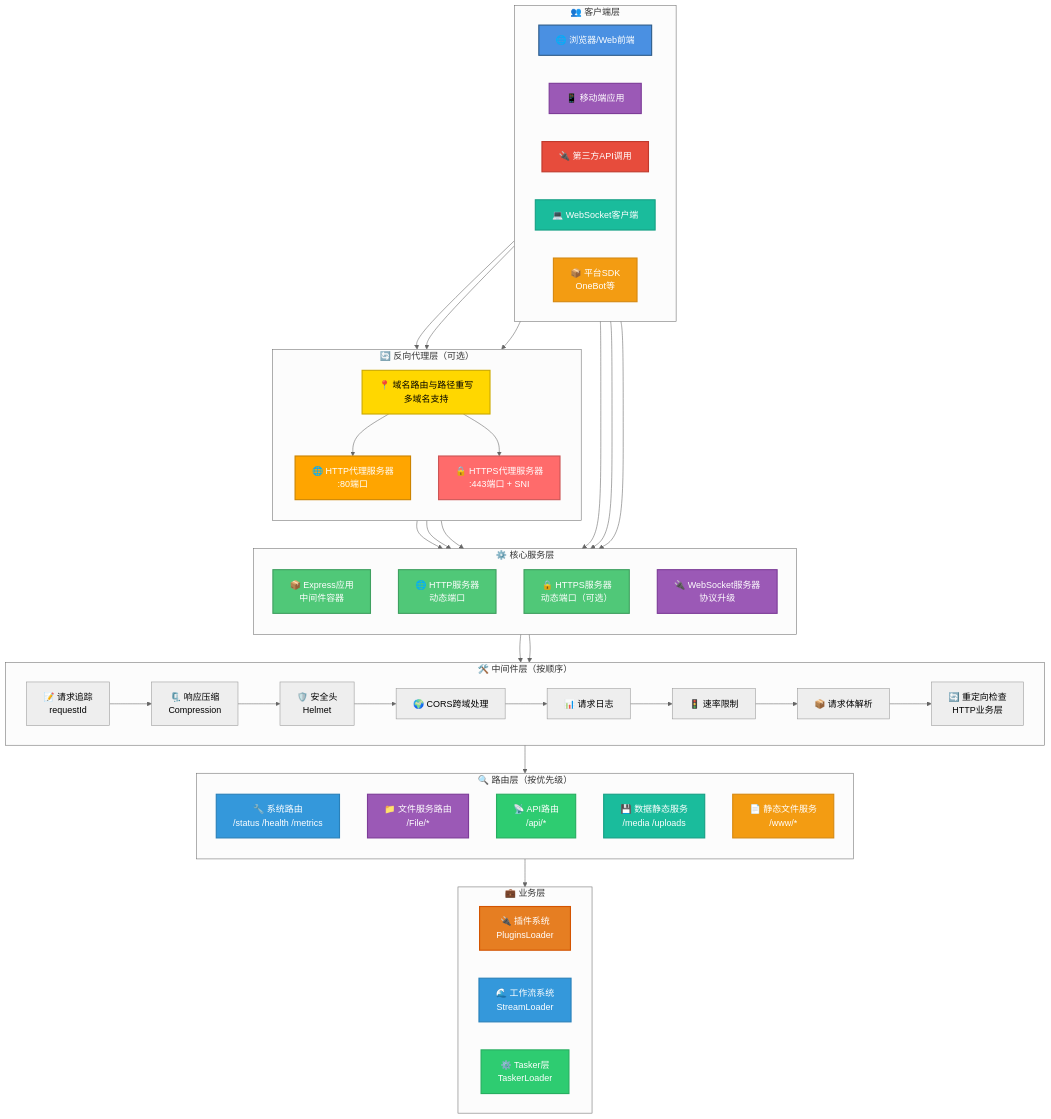
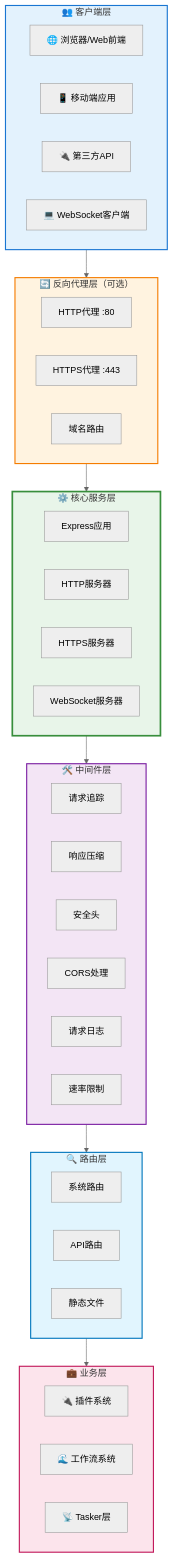
One commit to sunflowermm/XRK-AGT changed the first of 13 diagrams in docs/server.md. Above: the diagram before and after it, drawn with Mermaid (neutral theme). The commit also changed 19 other files, not shown here.

````diff
--- a/docs/server.md
+++ b/docs/server.md
@@ -37,76 +37,45 @@
 ```mermaid
 flowchart TB
     subgraph Clients["👥 客户端层"]
-        direction LR
         Browser["🌐 浏览器/Web前端"]
         Mobile["📱 移动端应用"]
-        ThirdAPI["🔌 第三方API调用"]
+        ThirdAPI["🔌 第三方API"]
         WSClient["💻 WebSocket客户端"]
-        SDK["📦 平台SDK<br/>OneBot等"]
     end
     
     subgraph Proxy["🔄 反向代理层（可选）"]
-        direction TB
-        HTTPProxy["🌐 HTTP代理服务器<br/>:80端口"]
-        HTTPSProxy["🔒 HTTPS代理服务器<br/>:443端口 + SNI"]
-        DomainRoute["📍 域名路由与路径重写<br/>多域名支持"]
+        HTTPProxy["HTTP代理 :80"]
+        HTTPSProxy["HTTPS代理 :443"]
+        DomainRoute["域名路由"]
     end
     
     subgraph Core["⚙️ 核心服务层"]
-        direction TB
-        Express["📦 Express应用<br/>中间件容器"]
-        HTTPServer["🌐 HTTP服务器<br/>动态端口"]
-        HTTPSServer["🔒 HTTPS服务器<br/>动态端口（可选）"]
-        WSServer["🔌 WebSocket服务器<br/>协议升级"]
+        Express["Express应用"]
+        HTTPServer["HTTP服务器"]
+        HTTPSServer["HTTPS服务器"]
+        WSServer["WebSocket服务器"]
     end
     
-    subgraph Middleware["🛠️ 中间件层（按顺序）"]
-        direction LR
-        Track["📝 请求追踪<br/>requestId"]
-        Compression["🗜️ 响应压缩<br/>Compression"]
-        Helmet["🛡️ 安全头<br/>Helmet"]
-        CORS["🌍 CORS跨域处理"]
-        Logging["📊 请求日志"]
-        RateLimit["🚦 速率限制"]
-        BodyParser["📦 请求体解析"]
-        Redirect["🔄 重定向检查<br/>HTTP业务层"]
+    subgraph Middleware["🛠️ 中间件层"]
+        Track["请求追踪"]
+        Compression["响应压缩"]
+        Helmet["安全头"]
+        CORS["CORS处理"]
+        Logging["请求日志"]
+        RateLimit["速率限制"]
     end
     
-    subgraph Routes["🔍 路由层（按优先级）"]
-        direction TB
-        SystemRoute["🔧 系统路由<br/>/status /health /metrics"]
-        FileRoute["📁 文件服务路由<br/>/File/*"]
-        APIRoute["📡 API路由<br/>/api/*"]
-        MediaRoute["💾 数据静态服务<br/>/media /uploads"]
-        StaticRoute["📄 静态文件服务<br/>/www/*"]
+    subgraph Routes["🔍 路由层"]
+        SystemRoute["系统路由"]
+        APIRoute["API路由"]
+        StaticRoute["静态文件"]
     end
     
     subgraph Business["💼 业务层"]
-        direction LR
-        Plugins["🔌 插件系统<br/>PluginsLoader"]
-        Streams["🌊 工作流系统<br/>StreamLoader"]
-        Taskers["⚙️ Tasker层<br/>TaskerLoader"]
+        Plugins["🔌 插件系统"]
+        Streams["🌊 工作流系统"]
+        Taskers["📡 Tasker层"]
     end
-    
-    Browser --> HTTPProxy
-    Mobile --> HTTPSProxy
-    ThirdAPI --> Express
-    WSClient --> WSServer
-    SDK --> Express
-    
-    HTTPProxy --> HTTPServer
-    HTTPSProxy --> HTTPSServer
-    DomainRoute --> HTTPProxy
-    DomainRoute --> HTTPSProxy
-    
-    Express --> Track
-    Track --> Compression
-    Compression --> Helmet
-    Helmet --> CORS
-    CORS --> Logging
-    Logging --> RateLimit
-    RateLimit --> BodyParser
-    BodyParser --> Redirect
     
     Clients --> Proxy
     Proxy --> Core
@@ -114,24 +83,10 @@
     Middleware --> Routes
     Routes --> Business
     
-    style Browser fill:#4A90E2,stroke:#2E5C8A,stroke-width:2px,color:#fff
-    style Mobile fill:#9B59B6,stroke:#7D3C98,stroke-width:2px,color:#fff
-    style ThirdAPI fill:#E74C3C,stroke:#C0392B,stroke-width:2px,color:#fff
-    style WSClient fill:#1ABC9C,stroke:#16A085,stroke-width:2px,color:#fff
-    style SDK fill:#F39C12,stroke:#D68910,stroke-width:2px,color:#fff
-    style HTTPProxy fill:#FFA500,stroke:#CC8400,stroke-width:2px,color:#fff
-    style HTTPSProxy fill:#FF6B6B,stroke:#CC5555,stroke-width:2px,color:#fff
-    style DomainRoute fill:#FFD700,stroke:#CCAA00,stroke-width:2px,color:#000
-    style Express fill:#50C878,stroke:#3FA060,stroke-width:2px,color:#fff
-    style HTTPServer fill:#50C878,stroke:#3FA060,stroke-width:2px,color:#fff
-    style HTTPSServer fill:#50C878,stroke:#3FA060,stroke-width:2px,color:#fff
-    style WSServer fill:#9B59B6,stroke:#7D3C98,stroke-width:2px,color:#fff
-    style SystemRoute fill:#3498DB,stroke:#2980B9,stroke-width:2px,color:#fff
-    style FileRoute fill:#9B59B6,stroke:#7D3C98,stroke-width:2px,color:#fff
-    style APIRoute fill:#2ECC71,stroke:#27AE60,stroke-width:2px,color:#fff
-    style MediaRoute fill:#1ABC9C,stroke:#16A085,stroke-width:2px,color:#fff
-    style StaticRoute fill:#F39C12,stroke:#D68910,stroke-width:2px,color:#fff
-    style Plugins fill:#E67E22,stroke:#D35400,stroke-width:2px,color:#fff
-    style Streams fill:#3498DB,stroke:#2980B9,stroke-width:2px,color:#fff
-    style Taskers fill:#2ECC71,stroke:#27AE60,stroke-width:2px,color:#fff
+    style Clients fill:#E3F2FD,stroke:#1976D2,stroke-width:2px
+    style Proxy fill:#FFF3E0,stroke:#F57C00,stroke-width:2px
+    style Core fill:#E8F5E9,stroke:#388E3C,stroke-width:3px
+    style Middleware fill:#F3E5F5,stroke:#7B1FA2,stroke-width:2px
+    style Routes fill:#E1F5FE,stroke:#0277BD,stroke-width:2px
+    style Business fill:#FCE4EC,stroke:#C2185B,stroke-width:2px
 ```
````
